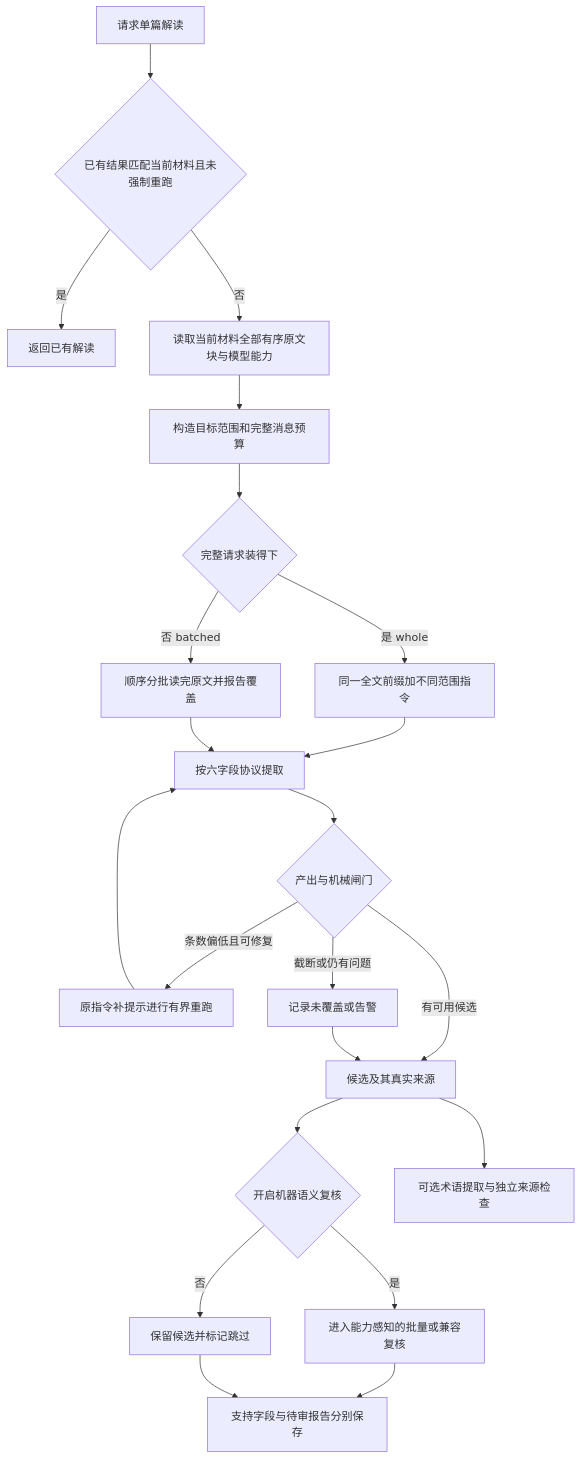
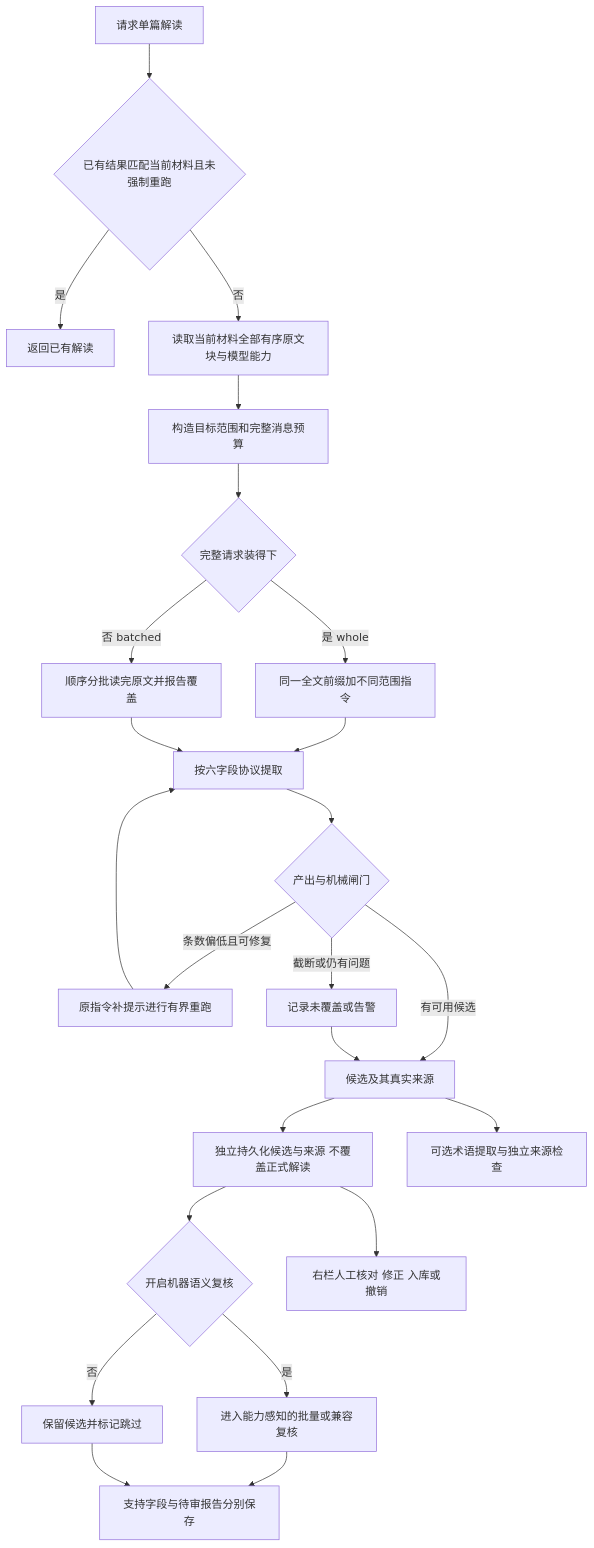
One commit to kingjone0/litprism changed the second of 3 diagrams in docs/modules/03-阅读提取与协作审核.md. Above: the diagram before and after it, drawn with Mermaid. The commit also changed other lines of this file and 73 other files, not shown here.

````diff
--- a/docs/modules/03-阅读提取与协作审核.md
+++ b/docs/modules/03-阅读提取与协作审核.md
@@ -45,24 +45,26 @@
 ```mermaid
 flowchart TD
     A[请求单篇解读] --> CACHE{已有结果匹配当前材料且未强制重跑}
     CACHE -->|是| OLD[返回已有解读]
     CACHE -->|否| B[读取当前材料全部有序原文块与模型能力]
     B --> C[构造目标范围和完整消息预算]
     C --> D{完整请求装得下}
     D -->|是 whole| E[同一全文前缀加不同范围指令]
     D -->|否 batched| F[顺序分批读完原文并报告覆盖]
     E --> G[按六字段协议提取]
     F --> G
     G --> H{产出与机械闸门}
     H -->|条数偏低且可修复| R[原指令补提示进行有界重跑]
     R --> G
     H -->|截断或仍有问题| P[记录未覆盖或告警]
     H -->|有可用候选| S[候选及其真实来源]
     P --> S
-    S --> SWITCH{开启机器语义复核}
+    S --> SAVE[独立持久化候选与来源 不覆盖正式解读]
+    SAVE --> SWITCH{开启机器语义复核}
+    SAVE --> HUMAN[右栏人工核对 修正 入库或撤销]
     SWITCH -->|是| V[进入能力感知的批量或兼容复核]
     SWITCH -->|否| SKIP[保留候选并标记跳过]
     S --> T[可选术语提取与独立来源检查]
     V --> O[支持字段与待审报告分别保存]
     SKIP --> O
 ```
````
